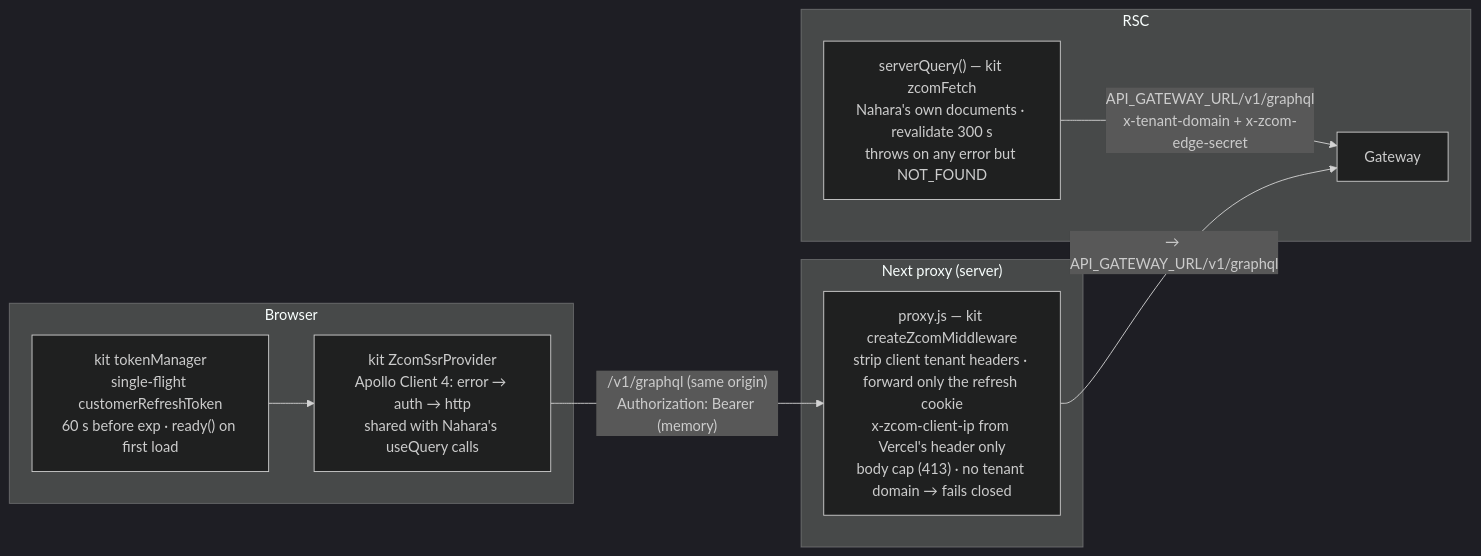
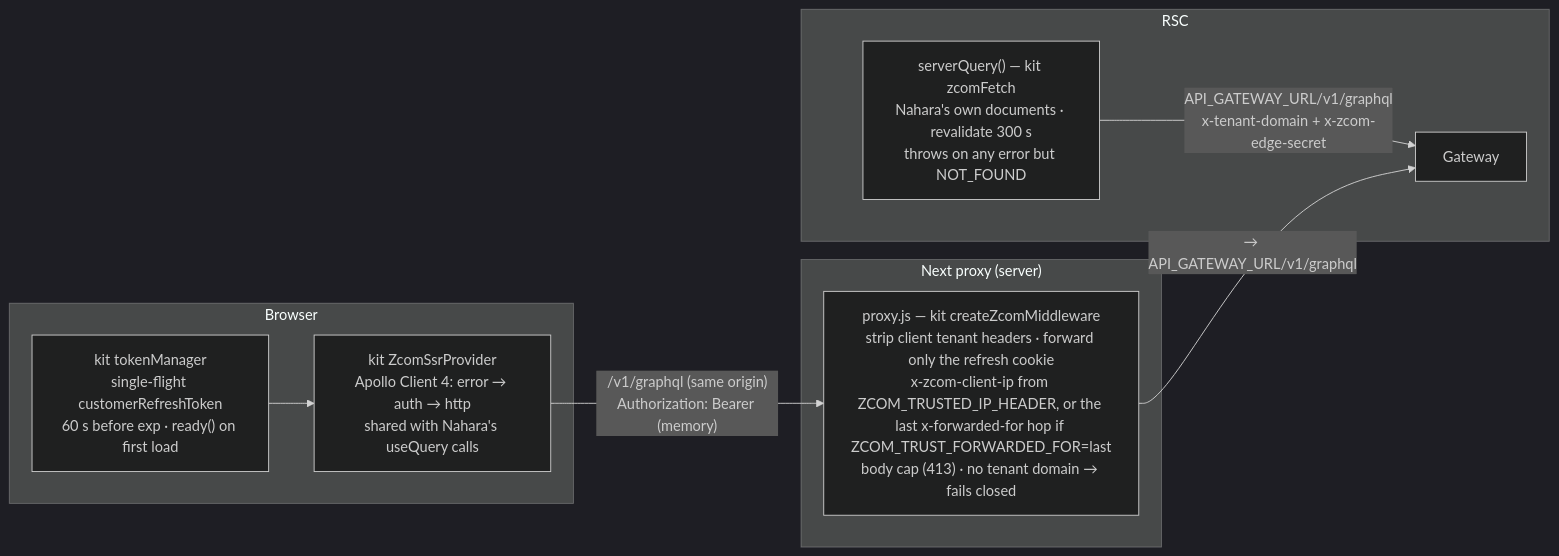
Before and after one commit to Zerror-Studios/Rare-Element: the third of 7 diagrams in docs/architecture/solution-architecture.md, drawn with Mermaid (dark theme). The commit also changed other lines of this file and 3 other files, not shown here.

````diff
--- a/docs/architecture/solution-architecture.md
+++ b/docs/architecture/solution-architecture.md
@@ -73,14 +73,14 @@
 ```mermaid
 flowchart LR
     subgraph RSC
         SQ["serverQuery() — kit zcomFetch<br/>Nahara's own documents · revalidate 300 s<br/>throws on any error but NOT_FOUND"] -- "API_GATEWAY_URL/v1/graphql<br/>x-tenant-domain + x-zcom-edge-secret" --> GW["Gateway"]
     end
     subgraph Edge["Next proxy (server)"]
-        MW["proxy.js — kit createZcomMiddleware<br/>strip client tenant headers · forward only the refresh cookie<br/>x-zcom-client-ip from Vercel's header only<br/>body cap (413) · no tenant domain → fails closed"]
+        MW["proxy.js — kit createZcomMiddleware<br/>strip client tenant headers · forward only the refresh cookie<br/>x-zcom-client-ip from ZCOM_TRUSTED_IP_HEADER, or the last x-forwarded-for hop if ZCOM_TRUST_FORWARDED_FOR=last<br/>body cap (413) · no tenant domain → fails closed"]
     end
     subgraph Browser
         AW["kit ZcomSsrProvider<br/>Apollo Client 4: error → auth → http<br/>shared with Nahara's useQuery calls"] -- "/v1/graphql (same origin)<br/>Authorization: Bearer (memory)" --> MW
         TM["kit tokenManager<br/>single-flight customerRefreshToken<br/>60 s before exp · ready() on first load"] --> AW
     end
     MW -- "→ API_GATEWAY_URL/v1/graphql" --> GW
 ```
````
